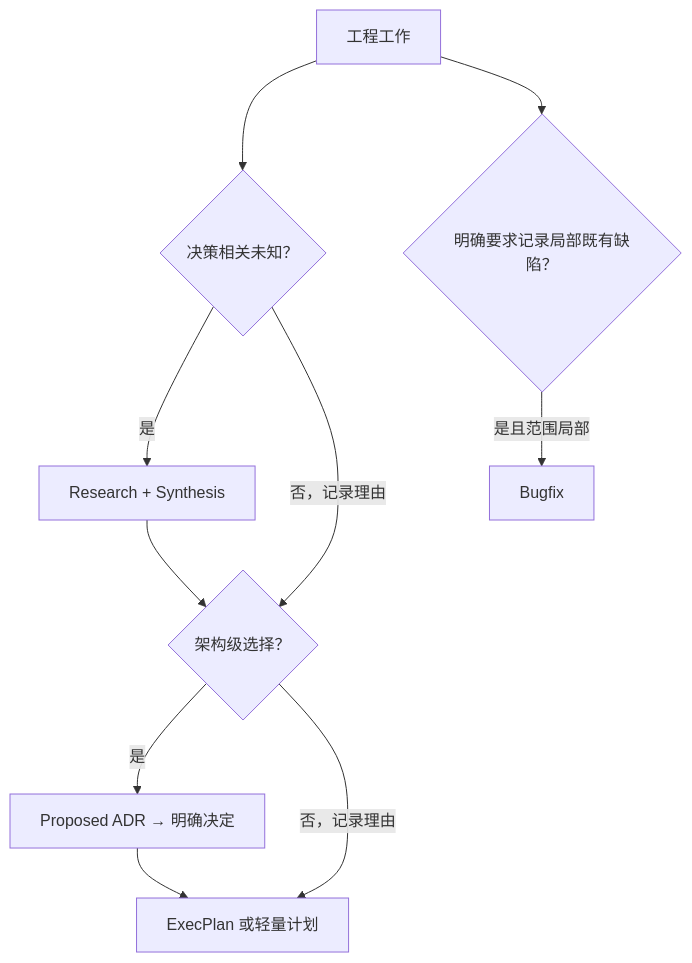
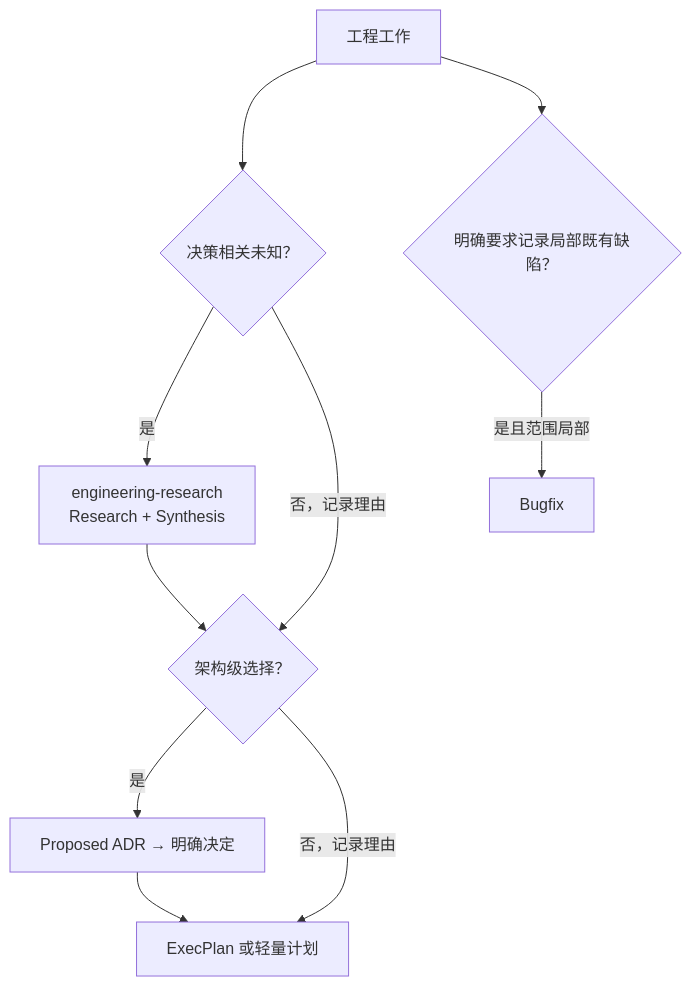
The first of 6 diagrams in references/templates.md (XiaoWeiKIN/RepoFoundryAI), drawn with Mermaid before and after one commit. The commit also changed other lines of this file and 28 other files, not shown here.

Commit message:
feat: split engineering research into companion skill

````diff
--- a/references/templates.md
+++ b/references/templates.md
@@ -20,12 +20,12 @@
 ```mermaid
 flowchart TD
     W["工程工作"] --> U{"决策相关未知？"}
-    U -->|"是"| R["Research + Synthesis"]
+    U -->|"是"| R["engineering-research<br/>Research + Synthesis"]
     U -->|"否，记录理由"| A
     R --> A{"架构级选择？"}
     A -->|"是"| ADR["Proposed ADR → 明确决定"]
     A -->|"否，记录理由"| E["ExecPlan 或轻量计划"]
     ADR --> E
     W --> B{"明确要求记录局部既有缺陷？"}
     B -->|"是且范围局部"| BF["Bugfix"]
 ```
````
